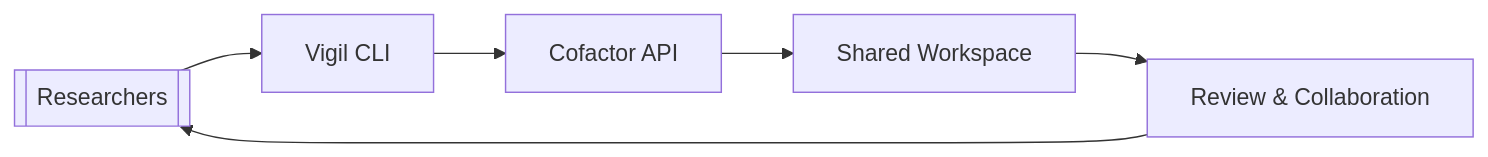
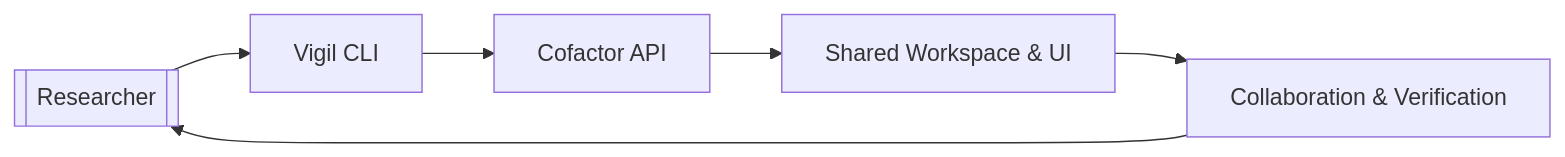
The third of 5 diagrams in README.md (Science-Abundance/docs), drawn with Mermaid before and after one commit. The commit also changed other lines of this file, not shown here.

````diff
--- a/README.md
+++ b/README.md
@@ -80,8 +70,8 @@
 ```mermaid
 flowchart LR
-  Researchers[[Researchers]] --> CLI[Vigil CLI]
+  Researcher[[Researcher]] --> CLI[Vigil CLI]
   CLI --> Cofactor[Cofactor API]
-  Cofactor --> Workspace[Shared Workspace]
-  Workspace --> Review[Review & Collaboration]
-  Review --> Researchers
+  Cofactor --> Workspace[Shared Workspace & UI]
+  Workspace --> Review[Collaboration & Verification]
+  Review --> Researcher
 ```
````
